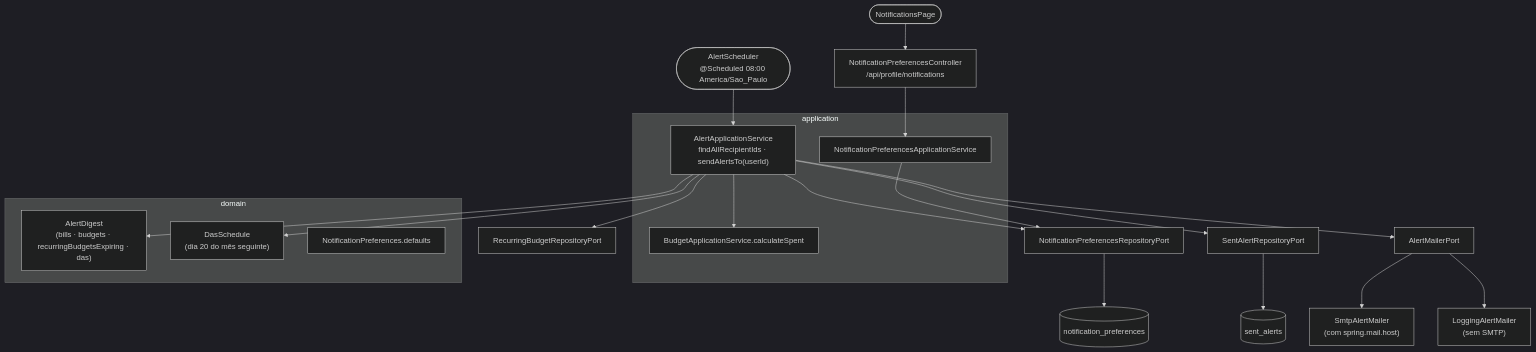
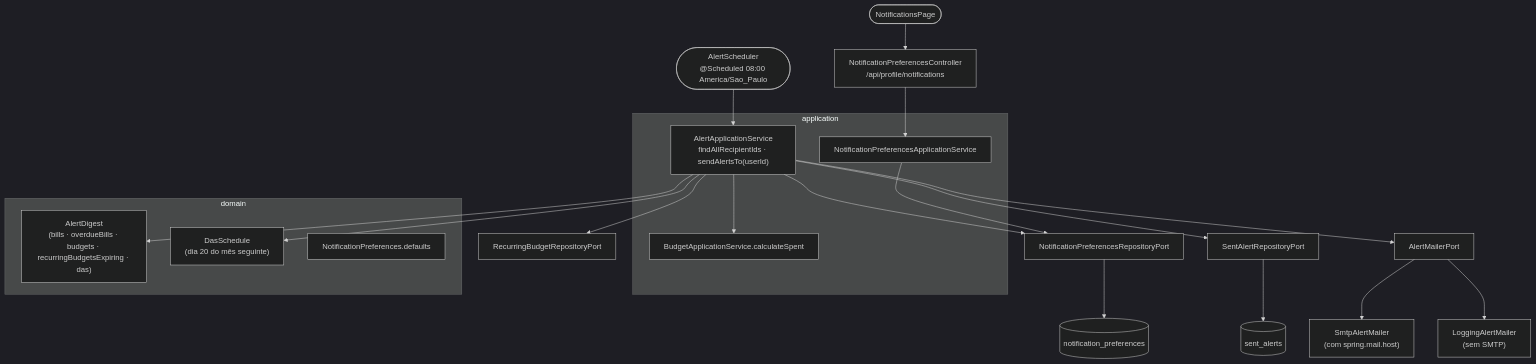
One commit to leozztto/LmfFinPro changed the first of 2 diagrams in docs/tecnica/fluxo-alertas.md. Above: the diagram before and after it, drawn with Mermaid (dark theme). The commit also changed other lines of this file and 50 other files, not shown here.

````diff
--- a/docs/tecnica/fluxo-alertas.md
+++ b/docs/tecnica/fluxo-alertas.md
@@ -26,32 +27,32 @@
 ```mermaid
 flowchart TD
     Cron(["AlertScheduler\n@Scheduled 08:00 America/Sao_Paulo"]) --> Service
     Page(["NotificationsPage"]) --> Ctrl["NotificationPreferencesController\n/api/profile/notifications"]
     Ctrl --> PrefService["NotificationPreferencesApplicationService"]
 
     subgraph application
         Service["AlertApplicationService\nfindAllRecipientIds · sendAlertsTo(userId)"]
         PrefService
         Budget["BudgetApplicationService.calculateSpent"]
     end
 
     subgraph domain
-        Digest["AlertDigest\n(bills · budgets · recurringBudgetsExpiring · das)"]
+        Digest["AlertDigest\n(bills · overdueBills · budgets · recurringBudgetsExpiring · das)"]
         Das["DasSchedule\n(dia 20 do mês seguinte)"]
         Prefs["NotificationPreferences.defaults"]
     end
 
     Service --> Budget
     Service --> RecBudgetPort["RecurringBudgetRepositoryPort"]
     Service --> Das
     Service --> Digest
     Service --> PrefsPort["NotificationPreferencesRepositoryPort"]
     Service --> SentPort["SentAlertRepositoryPort"]
     Service --> MailPort["AlertMailerPort"]
     PrefService --> PrefsPort
 
     MailPort --> Smtp["SmtpAlertMailer\n(com spring.mail.host)"]
     MailPort --> Log["LoggingAlertMailer\n(sem SMTP)"]
     PrefsPort --> T1[("notification_preferences")]
     SentPort --> T2[("sent_alerts")]
 ```
````
